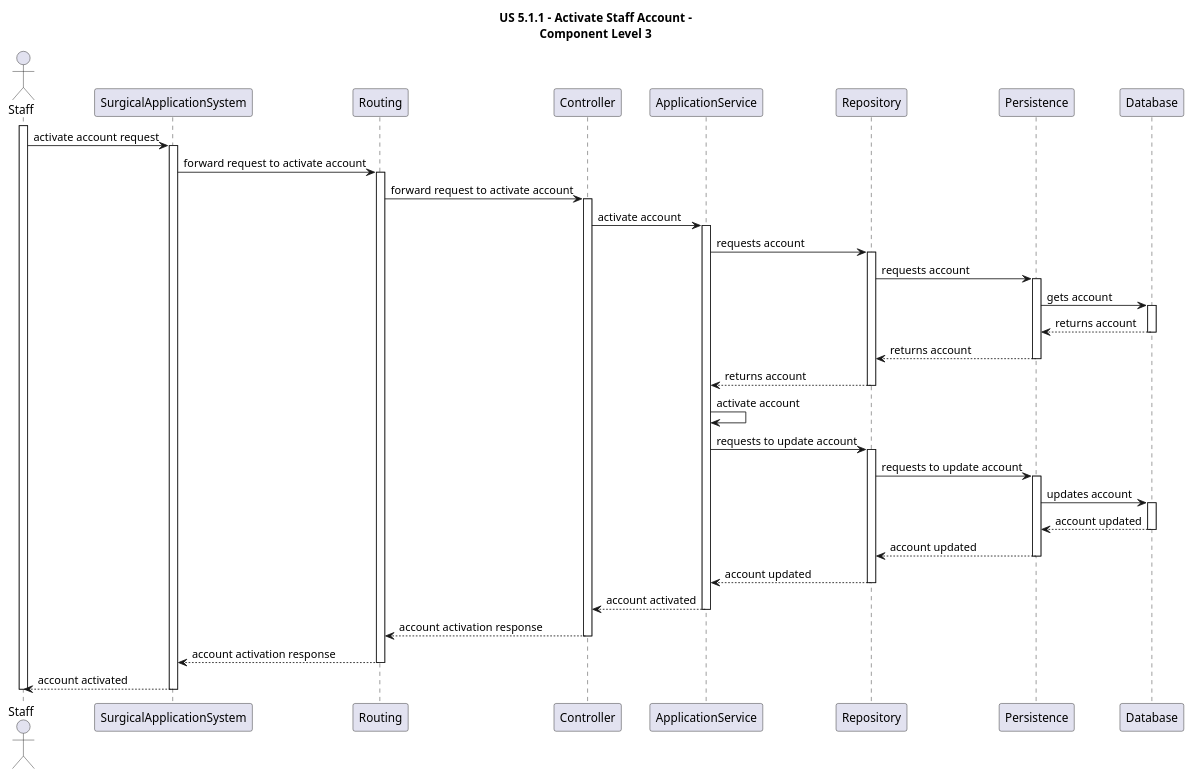
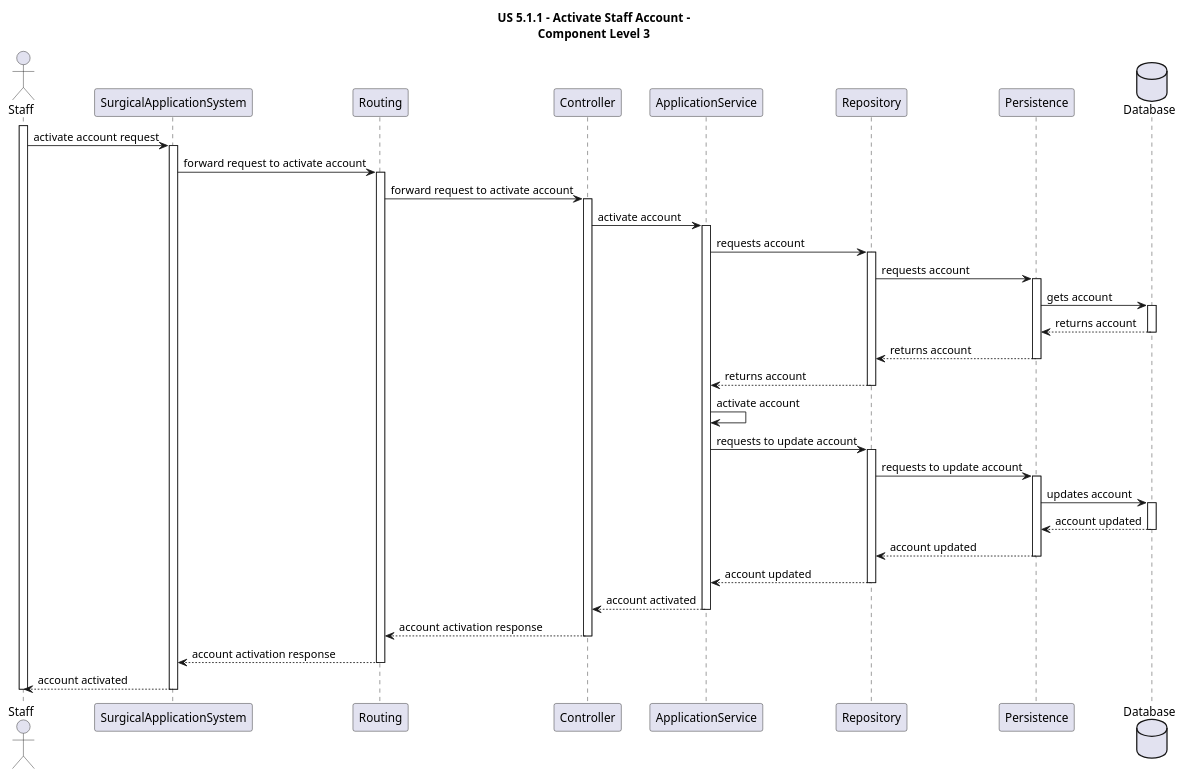
The diagram in docs/Sprint 1/US 5.1.1/ActivateStaffAccount/Sequence Diagrams/Level3/SD_Level3.puml (MateusCabral2004/sem5pi), drawn with PlantUML before and after one commit. The commit also changed 3 other files, not shown here.

```diff
--- a/docs/Sprint 1/US 5.1.1/ActivateStaffAccount/Sequence Diagrams/Level3/SD_Level3.puml
+++ b/docs/Sprint 1/US 5.1.1/ActivateStaffAccount/Sequence Diagrams/Level3/SD_Level3.puml
@@ -1,79 +1,79 @@
 @startuml
 title US 5.1.1 - Activate Staff Account -\nComponent Level 3
 
 actor Staff
 participant SurgicalApplicationSystem
 participant Routing
 participant Controller
 participant ApplicationService
 participant Repository
 participant Persistence
-participant Database
+database Database
 
 activate Staff
 
 Staff -> SurgicalApplicationSystem: activate account request
     activate SurgicalApplicationSystem
     
     SurgicalApplicationSystem -> Routing: forward request to activate account
     activate Routing
     
     Routing -> Controller: forward request to activate account
     activate Controller
     
     Controller -> ApplicationService: activate account
     activate ApplicationService
     
     ApplicationService -> Repository: requests account
     activate Repository
     
     Repository -> Persistence: requests account
     activate Persistence
     
     Persistence -> Database: gets account
     activate Database
     
     Database --> Persistence: returns account
     deactivate Database
     
     Persistence --> Repository: returns account
     deactivate Persistence
     
     Repository --> ApplicationService: returns account
     deactivate Repository
     
     ApplicationService -> ApplicationService: activate account
     
     ApplicationService -> Repository: requests to update account
     activate Repository
     
     Repository -> Persistence: requests to update account
     activate Persistence
     
     Persistence -> Database: updates account
     activate Database
     
     Database --> Persistence: account updated
     deactivate Database
     
     Persistence --> Repository: account updated
     deactivate Persistence
     
     Repository --> ApplicationService: account updated
     deactivate Repository
     
     ApplicationService --> Controller: account activated
     deactivate ApplicationService
     
     Controller --> Routing: account activation response
     deactivate Controller
     
     Routing --> SurgicalApplicationSystem: account activation response
     deactivate Routing
     
     SurgicalApplicationSystem --> Staff: account activated
     deactivate SurgicalApplicationSystem
 
 deactivate Staff
 
 @enduml
```
